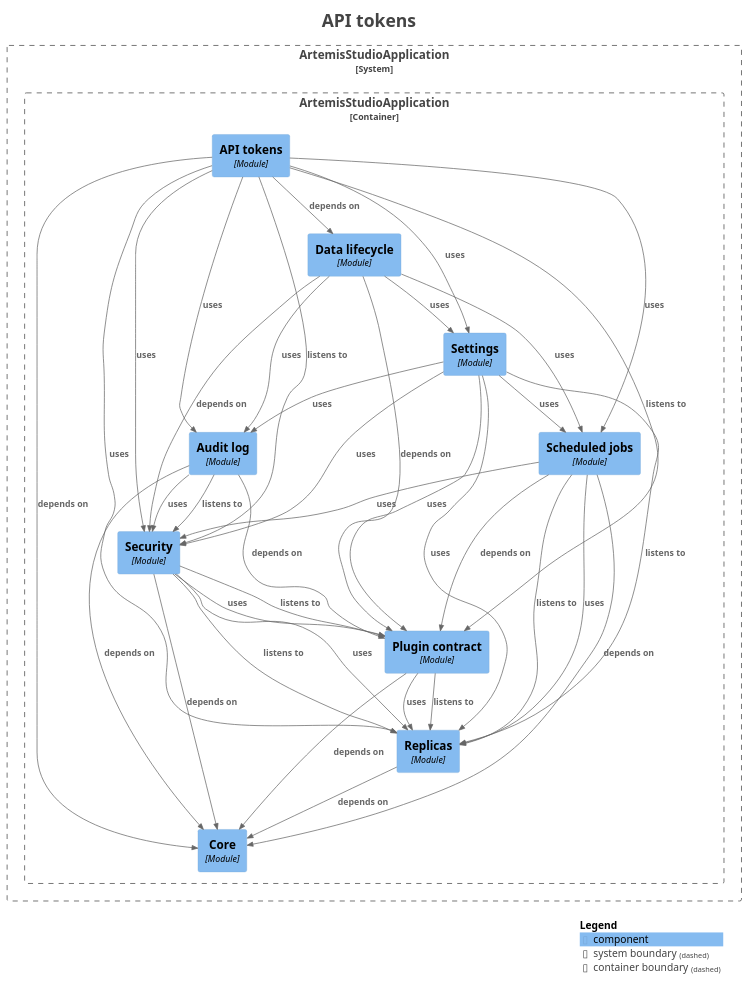
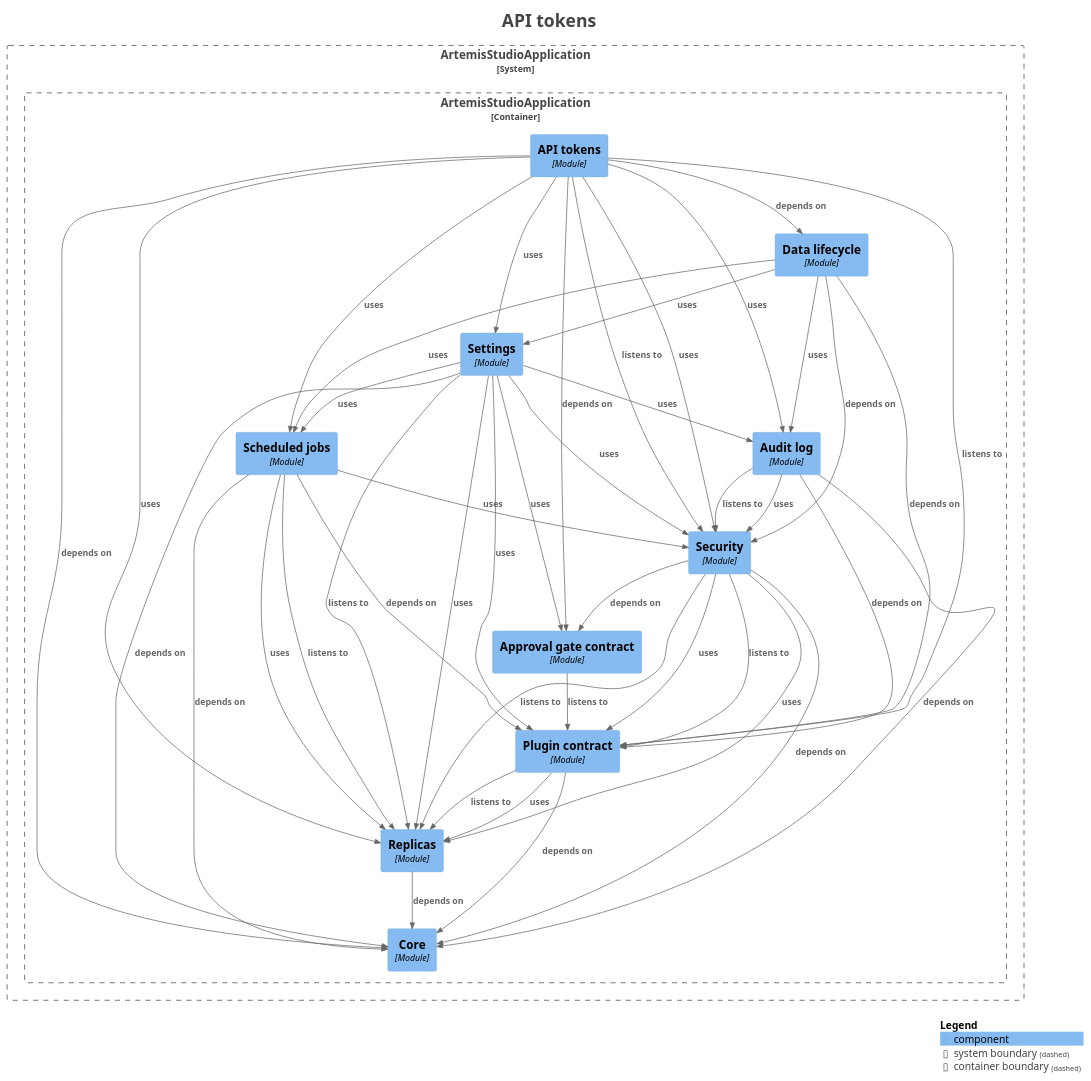
One commit to sudoitir/artemis-studio changed the diagram in docs/modules/module-feature.apitokens.puml. Above: the diagram before and after it, drawn with PlantUML. The commit also changed 23 other files, not shown here.

Commit message:
docs(modules): regenerate the module diagrams for the gate dependencies

```diff
--- a/docs/modules/module-feature.apitokens.puml
+++ b/docs/modules/module-feature.apitokens.puml
@@ -1,74 +1,80 @@
 @startuml
 title <size:24>API tokens</size>
 
 set separator none
 top to bottom direction
 
 <style>
   root {
     BackgroundColor: #ffffff
     FontColor: #444444
   }
 </style>
 
 !include <C4/C4>
 !include <C4/C4_Context>
 !include <C4/C4_Component>
 
 System_Boundary("ArtemisStudioApplication_boundary", "ArtemisStudioApplication", $tags="") {
   Container_Boundary("ArtemisStudioApplication.ArtemisStudioApplication_boundary", "ArtemisStudioApplication", $tags="") {
     Component(ArtemisStudioApplication.ArtemisStudioApplication.APItokens, "API tokens", $techn="Module", $descr="", $tags="", $link="")
+    Component(ArtemisStudioApplication.ArtemisStudioApplication.Approvalgatecontract, "Approval gate contract", $techn="Module", $descr="", $tags="", $link="")
     Component(ArtemisStudioApplication.ArtemisStudioApplication.Auditlog, "Audit log", $techn="Module", $descr="", $tags="", $link="")
     Component(ArtemisStudioApplication.ArtemisStudioApplication.Core, "Core", $techn="Module", $descr="", $tags="", $link="")
     Component(ArtemisStudioApplication.ArtemisStudioApplication.Datalifecycle, "Data lifecycle", $techn="Module", $descr="", $tags="", $link="")
     Component(ArtemisStudioApplication.ArtemisStudioApplication.Plugincontract, "Plugin contract", $techn="Module", $descr="", $tags="", $link="")
     Component(ArtemisStudioApplication.ArtemisStudioApplication.Replicas, "Replicas", $techn="Module", $descr="", $tags="", $link="")
     Component(ArtemisStudioApplication.ArtemisStudioApplication.Scheduledjobs, "Scheduled jobs", $techn="Module", $descr="", $tags="", $link="")
     Component(ArtemisStudioApplication.ArtemisStudioApplication.Security, "Security", $techn="Module", $descr="", $tags="", $link="")
     Component(ArtemisStudioApplication.ArtemisStudioApplication.Settings, "Settings", $techn="Module", $descr="", $tags="", $link="")
   }
 
 }
 
+Rel(ArtemisStudioApplication.ArtemisStudioApplication.APItokens, ArtemisStudioApplication.ArtemisStudioApplication.Approvalgatecontract, "depends on", $techn="", $tags="", $link="")
 Rel(ArtemisStudioApplication.ArtemisStudioApplication.APItokens, ArtemisStudioApplication.ArtemisStudioApplication.Auditlog, "uses", $techn="", $tags="", $link="")
 Rel(ArtemisStudioApplication.ArtemisStudioApplication.APItokens, ArtemisStudioApplication.ArtemisStudioApplication.Core, "depends on", $techn="", $tags="", $link="")
 Rel(ArtemisStudioApplication.ArtemisStudioApplication.APItokens, ArtemisStudioApplication.ArtemisStudioApplication.Datalifecycle, "depends on", $techn="", $tags="", $link="")
 Rel(ArtemisStudioApplication.ArtemisStudioApplication.APItokens, ArtemisStudioApplication.ArtemisStudioApplication.Plugincontract, "listens to", $techn="", $tags="", $link="")
 Rel(ArtemisStudioApplication.ArtemisStudioApplication.APItokens, ArtemisStudioApplication.ArtemisStudioApplication.Replicas, "uses", $techn="", $tags="", $link="")
 Rel(ArtemisStudioApplication.ArtemisStudioApplication.APItokens, ArtemisStudioApplication.ArtemisStudioApplication.Scheduledjobs, "uses", $techn="", $tags="", $link="")
 Rel(ArtemisStudioApplication.ArtemisStudioApplication.APItokens, ArtemisStudioApplication.ArtemisStudioApplication.Security, "listens to", $techn="", $tags="", $link="")
 Rel(ArtemisStudioApplication.ArtemisStudioApplication.APItokens, ArtemisStudioApplication.ArtemisStudioApplication.Security, "uses", $techn="", $tags="", $link="")
 Rel(ArtemisStudioApplication.ArtemisStudioApplication.APItokens, ArtemisStudioApplication.ArtemisStudioApplication.Settings, "uses", $techn="", $tags="", $link="")
+Rel(ArtemisStudioApplication.ArtemisStudioApplication.Approvalgatecontract, ArtemisStudioApplication.ArtemisStudioApplication.Plugincontract, "listens to", $techn="", $tags="", $link="")
 Rel(ArtemisStudioApplication.ArtemisStudioApplication.Auditlog, ArtemisStudioApplication.ArtemisStudioApplication.Core, "depends on", $techn="", $tags="", $link="")
 Rel(ArtemisStudioApplication.ArtemisStudioApplication.Auditlog, ArtemisStudioApplication.ArtemisStudioApplication.Plugincontract, "depends on", $techn="", $tags="", $link="")
 Rel(ArtemisStudioApplication.ArtemisStudioApplication.Auditlog, ArtemisStudioApplication.ArtemisStudioApplication.Security, "listens to", $techn="", $tags="", $link="")
 Rel(ArtemisStudioApplication.ArtemisStudioApplication.Auditlog, ArtemisStudioApplication.ArtemisStudioApplication.Security, "uses", $techn="", $tags="", $link="")
 Rel(ArtemisStudioApplication.ArtemisStudioApplication.Datalifecycle, ArtemisStudioApplication.ArtemisStudioApplication.Auditlog, "uses", $techn="", $tags="", $link="")
 Rel(ArtemisStudioApplication.ArtemisStudioApplication.Datalifecycle, ArtemisStudioApplication.ArtemisStudioApplication.Plugincontract, "depends on", $techn="", $tags="", $link="")
 Rel(ArtemisStudioApplication.ArtemisStudioApplication.Datalifecycle, ArtemisStudioApplication.ArtemisStudioApplication.Scheduledjobs, "uses", $techn="", $tags="", $link="")
 Rel(ArtemisStudioApplication.ArtemisStudioApplication.Datalifecycle, ArtemisStudioApplication.ArtemisStudioApplication.Security, "depends on", $techn="", $tags="", $link="")
 Rel(ArtemisStudioApplication.ArtemisStudioApplication.Datalifecycle, ArtemisStudioApplication.ArtemisStudioApplication.Settings, "uses", $techn="", $tags="", $link="")
 Rel(ArtemisStudioApplication.ArtemisStudioApplication.Plugincontract, ArtemisStudioApplication.ArtemisStudioApplication.Core, "depends on", $techn="", $tags="", $link="")
 Rel(ArtemisStudioApplication.ArtemisStudioApplication.Plugincontract, ArtemisStudioApplication.ArtemisStudioApplication.Replicas, "listens to", $techn="", $tags="", $link="")
 Rel(ArtemisStudioApplication.ArtemisStudioApplication.Plugincontract, ArtemisStudioApplication.ArtemisStudioApplication.Replicas, "uses", $techn="", $tags="", $link="")
 Rel(ArtemisStudioApplication.ArtemisStudioApplication.Replicas, ArtemisStudioApplication.ArtemisStudioApplication.Core, "depends on", $techn="", $tags="", $link="")
 Rel(ArtemisStudioApplication.ArtemisStudioApplication.Scheduledjobs, ArtemisStudioApplication.ArtemisStudioApplication.Core, "depends on", $techn="", $tags="", $link="")
 Rel(ArtemisStudioApplication.ArtemisStudioApplication.Scheduledjobs, ArtemisStudioApplication.ArtemisStudioApplication.Plugincontract, "depends on", $techn="", $tags="", $link="")
 Rel(ArtemisStudioApplication.ArtemisStudioApplication.Scheduledjobs, ArtemisStudioApplication.ArtemisStudioApplication.Replicas, "listens to", $techn="", $tags="", $link="")
 Rel(ArtemisStudioApplication.ArtemisStudioApplication.Scheduledjobs, ArtemisStudioApplication.ArtemisStudioApplication.Replicas, "uses", $techn="", $tags="", $link="")
 Rel(ArtemisStudioApplication.ArtemisStudioApplication.Scheduledjobs, ArtemisStudioApplication.ArtemisStudioApplication.Security, "uses", $techn="", $tags="", $link="")
+Rel(ArtemisStudioApplication.ArtemisStudioApplication.Security, ArtemisStudioApplication.ArtemisStudioApplication.Approvalgatecontract, "depends on", $techn="", $tags="", $link="")
 Rel(ArtemisStudioApplication.ArtemisStudioApplication.Security, ArtemisStudioApplication.ArtemisStudioApplication.Core, "depends on", $techn="", $tags="", $link="")
 Rel(ArtemisStudioApplication.ArtemisStudioApplication.Security, ArtemisStudioApplication.ArtemisStudioApplication.Plugincontract, "listens to", $techn="", $tags="", $link="")
 Rel(ArtemisStudioApplication.ArtemisStudioApplication.Security, ArtemisStudioApplication.ArtemisStudioApplication.Plugincontract, "uses", $techn="", $tags="", $link="")
 Rel(ArtemisStudioApplication.ArtemisStudioApplication.Security, ArtemisStudioApplication.ArtemisStudioApplication.Replicas, "listens to", $techn="", $tags="", $link="")
 Rel(ArtemisStudioApplication.ArtemisStudioApplication.Security, ArtemisStudioApplication.ArtemisStudioApplication.Replicas, "uses", $techn="", $tags="", $link="")
+Rel(ArtemisStudioApplication.ArtemisStudioApplication.Settings, ArtemisStudioApplication.ArtemisStudioApplication.Approvalgatecontract, "uses", $techn="", $tags="", $link="")
 Rel(ArtemisStudioApplication.ArtemisStudioApplication.Settings, ArtemisStudioApplication.ArtemisStudioApplication.Auditlog, "uses", $techn="", $tags="", $link="")
+Rel(ArtemisStudioApplication.ArtemisStudioApplication.Settings, ArtemisStudioApplication.ArtemisStudioApplication.Core, "depends on", $techn="", $tags="", $link="")
 Rel(ArtemisStudioApplication.ArtemisStudioApplication.Settings, ArtemisStudioApplication.ArtemisStudioApplication.Plugincontract, "uses", $techn="", $tags="", $link="")
 Rel(ArtemisStudioApplication.ArtemisStudioApplication.Settings, ArtemisStudioApplication.ArtemisStudioApplication.Replicas, "listens to", $techn="", $tags="", $link="")
 Rel(ArtemisStudioApplication.ArtemisStudioApplication.Settings, ArtemisStudioApplication.ArtemisStudioApplication.Replicas, "uses", $techn="", $tags="", $link="")
 Rel(ArtemisStudioApplication.ArtemisStudioApplication.Settings, ArtemisStudioApplication.ArtemisStudioApplication.Scheduledjobs, "uses", $techn="", $tags="", $link="")
 Rel(ArtemisStudioApplication.ArtemisStudioApplication.Settings, ArtemisStudioApplication.ArtemisStudioApplication.Security, "uses", $techn="", $tags="", $link="")
 
 SHOW_LEGEND(true)
 hide stereotypes
 @enduml
```
